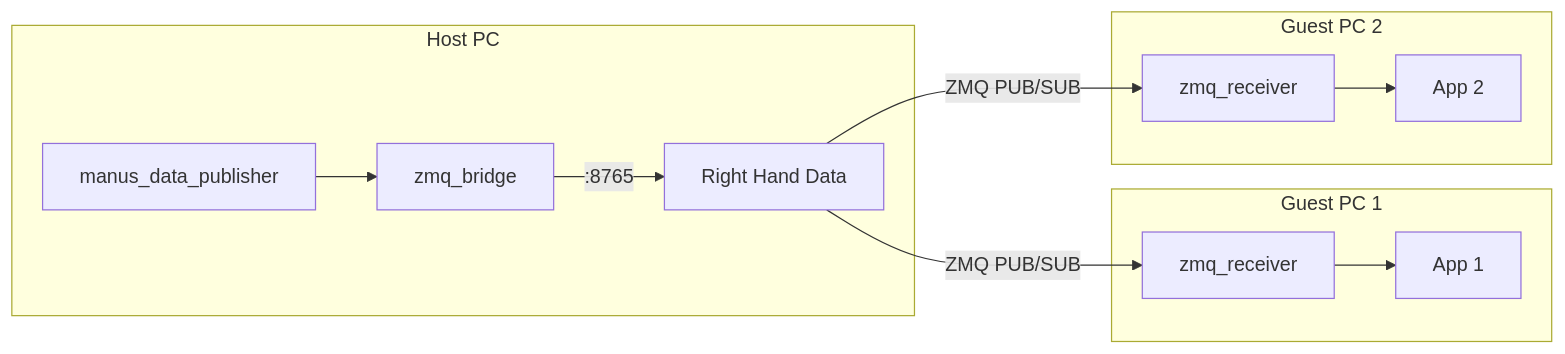
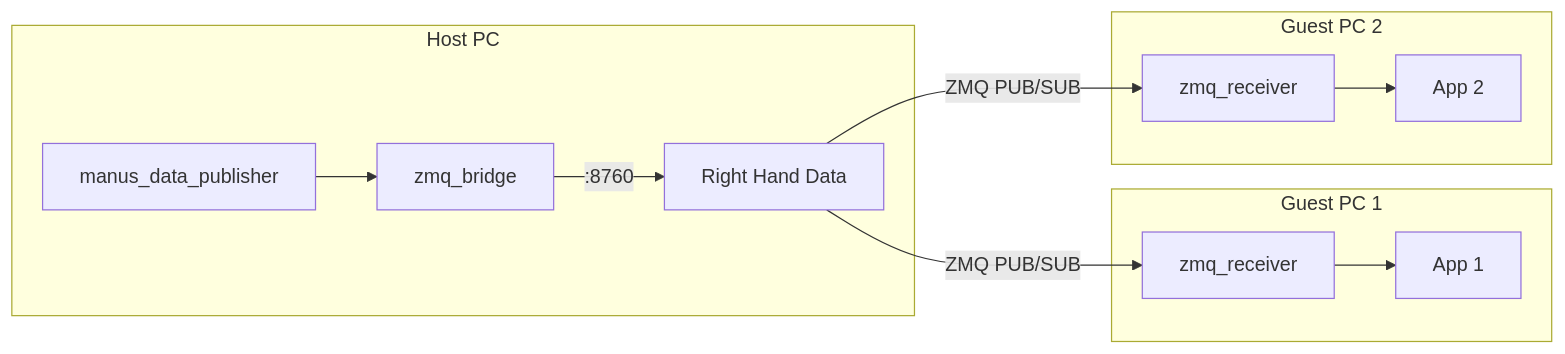
One commit to GeminiNinth/manus_ros2_transporter changed the fifth of 5 diagrams in README.md. Above: the diagram before and after it, drawn with Mermaid. The commit also changed other lines of this file and 7 other files, not shown here.

````diff
--- a/README.md
+++ b/README.md
@@ -278,18 +278,18 @@
 ```mermaid
 flowchart LR
     subgraph Host [Host PC]
         H_MDP[manus_data_publisher] --> H_ZB[zmq_bridge]
-        H_ZB -->|:8765| H_R[Right Hand Data]
+        H_ZB -->|:8760| H_R[Right Hand Data]
     end
     
     subgraph Guest1 [Guest PC 1]
         G1_ZR[zmq_receiver] --> G1_App[App 1]
     end
     
     subgraph Guest2 [Guest PC 2]
         G2_ZR[zmq_receiver] --> G2_App[App 2]
     end
     
     H_R -->|ZMQ PUB/SUB| G1_ZR
     H_R -->|ZMQ PUB/SUB| G2_ZR
 ```
````
